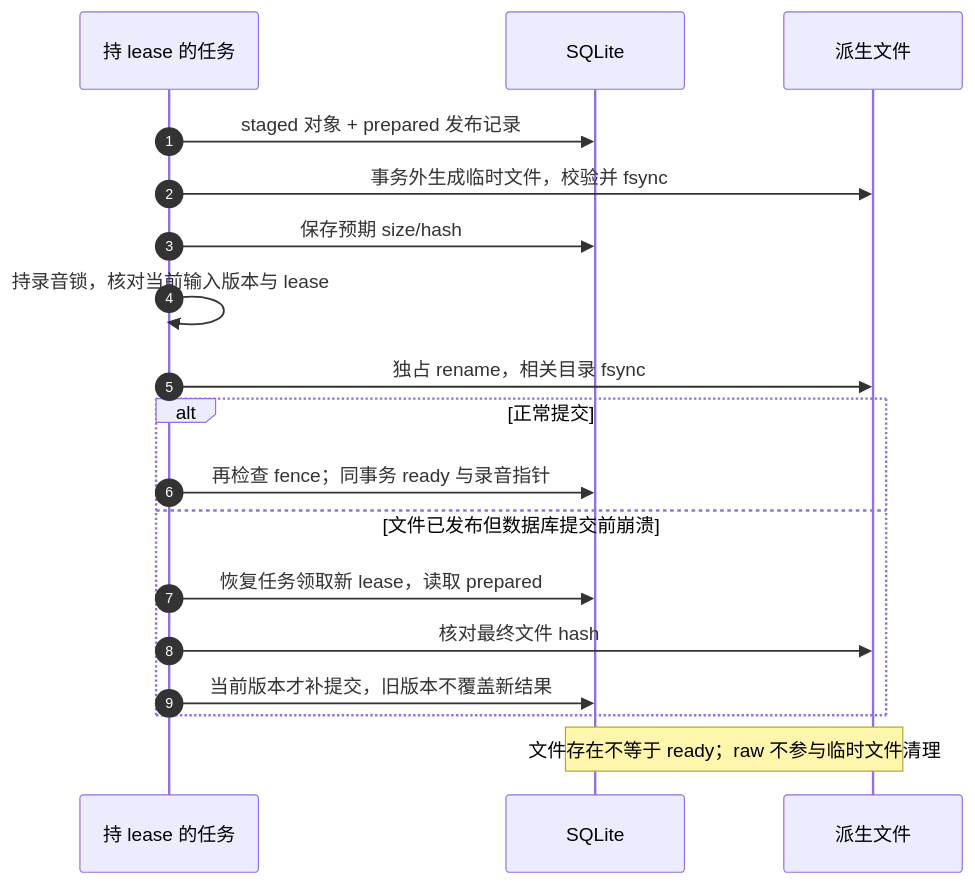
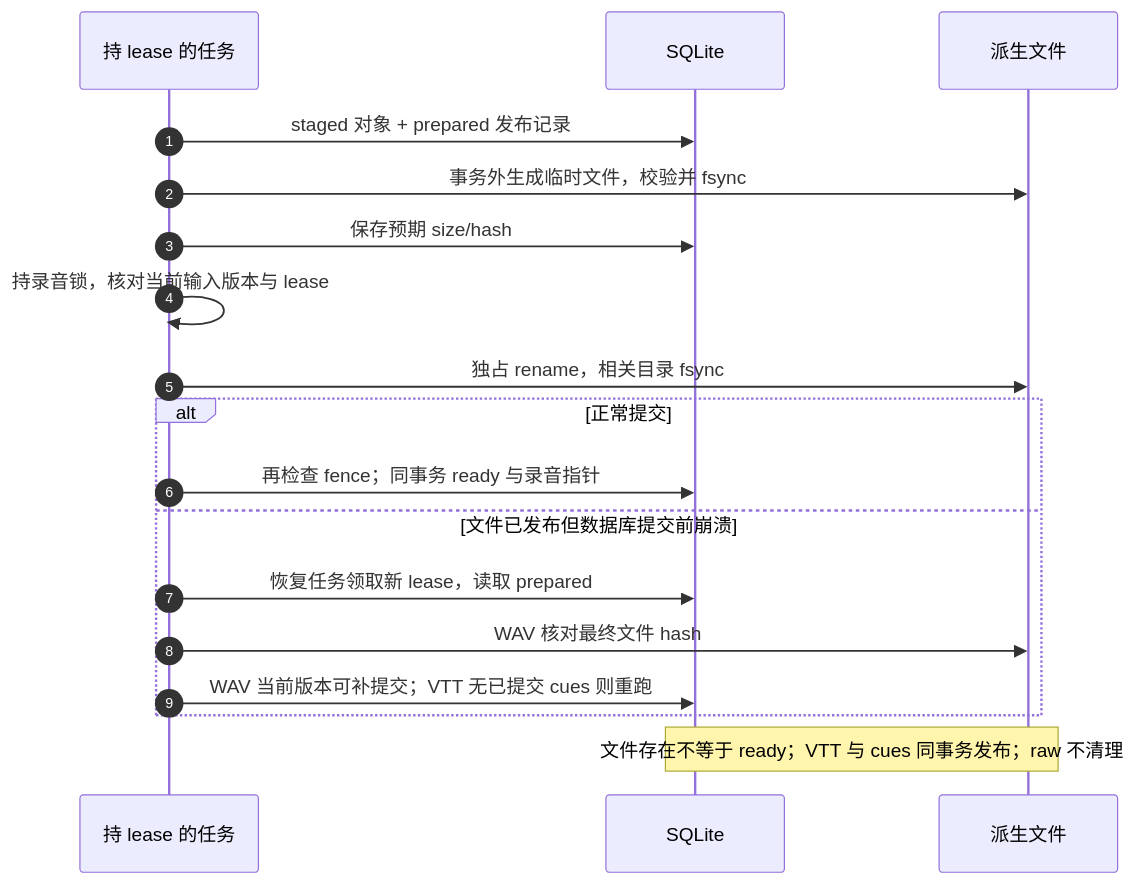
Before and after one commit to boboliu-1010/speaker: the diagram in docs/assets/diagrams/06-file-database-publication.mmd, drawn with Mermaid. The commit also changed 27 other files, not shown here.

Commit message:
docs: complete diagram-first design with memory login and transcript storage

```diff
--- a/docs/assets/diagrams/06-file-database-publication.mmd
+++ b/docs/assets/diagrams/06-file-database-publication.mmd
@@ -1,18 +1,18 @@
 sequenceDiagram
     autonumber
     participant J as 持 lease 的任务
     participant B as SQLite
     participant F as 派生文件
     J->>B: staged 对象 + prepared 发布记录
     J->>F: 事务外生成临时文件，校验并 fsync
     J->>B: 保存预期 size/hash
     J->>J: 持录音锁，核对当前输入版本与 lease
     J->>F: 独占 rename，相关目录 fsync
     alt 正常提交
         J->>B: 再检查 fence；同事务 ready 与录音指针
     else 文件已发布但数据库提交前崩溃
         J->>B: 恢复任务领取新 lease，读取 prepared
-        J->>F: 核对最终文件 hash
-        J->>B: 当前版本才补提交，旧版本不覆盖新结果
+        J->>F: WAV 核对最终文件 hash
+        J->>B: WAV 当前版本可补提交；VTT 无已提交 cues 则重跑
     end
-    Note over B,F: 文件存在不等于 ready；raw 不参与临时文件清理
+    Note over B,F: 文件存在不等于 ready；VTT 与 cues 同事务发布；raw 不清理
```
